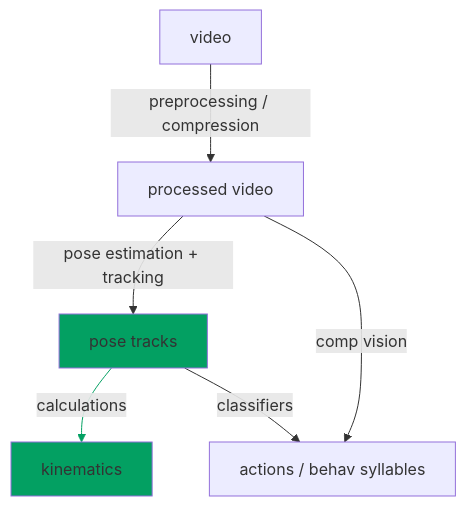
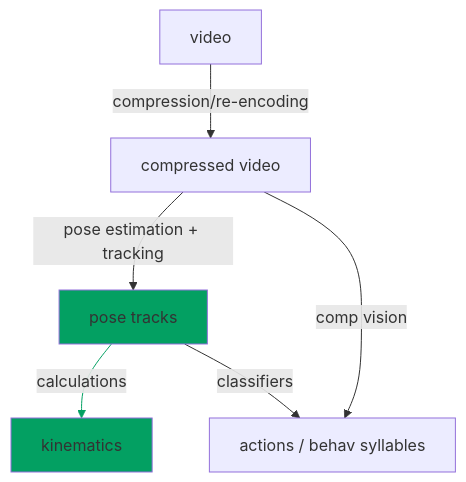
Before and after one commit to neuroinformatics-unit/slides-behavioural-projects-overview: the diagram in diagrams/video-pipeline_emph-kino.mmd, drawn with Mermaid. The commit also changed 16 other files, not shown here.

```diff
--- a/diagrams/video-pipeline_emph-kino.mmd
+++ b/diagrams/video-pipeline_emph-kino.mmd
@@ -1,12 +1,12 @@
 flowchart TB
     classDef emphasis fill:#03A062;
 
-    video -->|preprocessing / compression| video2["processed video"]
+    video -->|compression/re-encoding | video2["compressed video"]
     video2 -->|pose estimation + tracking| tracks["pose tracks"]
     tracks --> |calculations| kinematics
     tracks -->|classifiers| actions["actions / behav syllables"]
     video2 --> |comp vision| actions
 
     linkStyle 2 stroke:#03A062, color:;
     class tracks emphasis
     class kinematics emphasis
```
